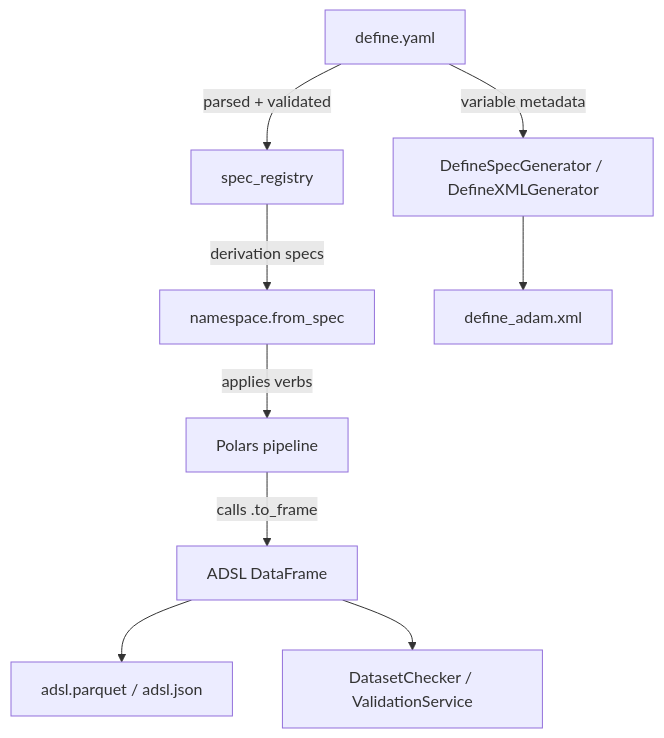
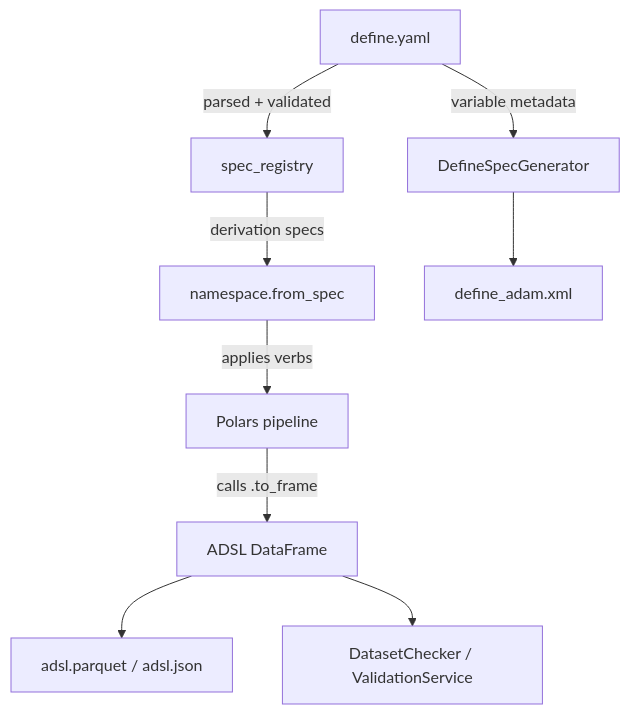
One commit to RealSlimMahdi/fleet-cdisc changed the diagram in docs/concepts/define-yaml.md. Above: the diagram before and after it, drawn with Mermaid. The commit also changed other lines of this file and 32 other files, not shown here.

````diff
--- a/docs/concepts/define-yaml.md
+++ b/docs/concepts/define-yaml.md
@@ -270,11 +269,11 @@
 ```mermaid
 graph TD
     A[define.yaml] -->|parsed + validated| B[spec_registry]
     B -->|derivation specs| D[namespace.from_spec]
     D -->|applies verbs| E[Polars pipeline]
     E -->|calls .to_frame| F[ADSL DataFrame]
-    A -->|variable metadata| C[DefineSpecGenerator / DefineXMLGenerator]
+    A -->|variable metadata| C[DefineSpecGenerator]
     C --> G[define_adam.xml]
     F --> H[adsl.parquet / adsl.json]
     F --> I[DatasetChecker / ValidationService]
 ```
````
